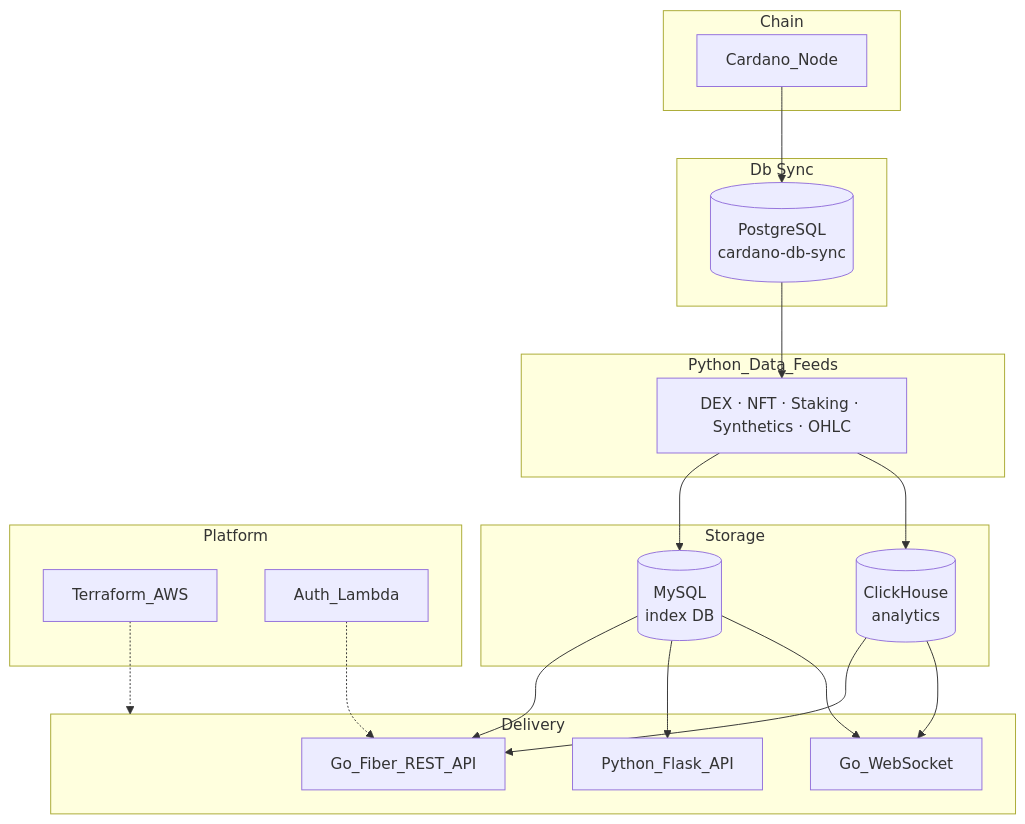
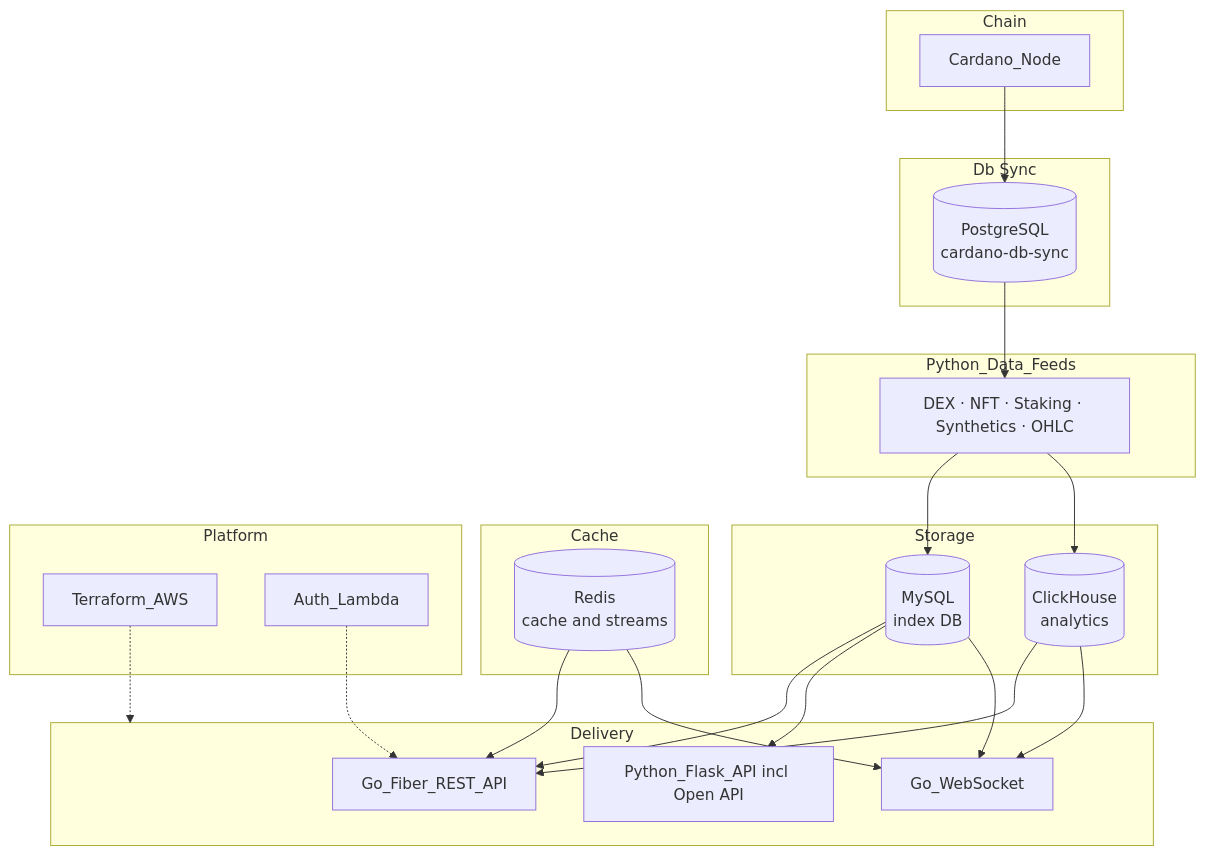
The diagram in README.md (yahiaelpronc/Taptools-Showcase), drawn with Mermaid before and after one commit. The commit also changed other lines of this file and 2 other files, not shown here.

````diff
--- a/README.md
+++ b/README.md
@@ -26,42 +26,48 @@
 ```mermaid
 flowchart TB
   subgraph chainLayer [Chain]
     Node[Cardano_Node]
   end
 
   subgraph syncLayer [Db Sync]
     PG[(PostgreSQL\ncardano-db-sync)]
   end
 
   subgraph feedLayer [Python_Data_Feeds]
     Feeds[DEX · NFT · Staking · Synthetics · OHLC]
   end
 
   subgraph storeLayer [Storage]
     MySQL[(MySQL\nindex DB)]
     CH[(ClickHouse\nanalytics)]
   end
 
+  subgraph cacheLayer [Cache]
+    Redis[(Redis\ncache and streams)]
+  end
+
   subgraph deliveryLayer [Delivery]
     GoAPI[Go_Fiber_REST_API]
-    FlaskAPI[Python_Flask_API]
+    FlaskAPI[Python_Flask_API incl Open API]
     GoWS[Go_WebSocket]
   end
 
   subgraph platformLayer [Platform]
     TF[Terraform_AWS]
     Auth[Auth_Lambda]
   end
 
   Node --> PG
   PG --> Feeds
   Feeds --> MySQL
   Feeds --> CH
   MySQL --> GoAPI
   MySQL --> FlaskAPI
   MySQL --> GoWS
   CH --> GoAPI
   CH --> GoWS
+  Redis --> GoAPI
+  Redis --> GoWS
   TF -.-> deliveryLayer
   Auth -.-> GoAPI
 ```
````
